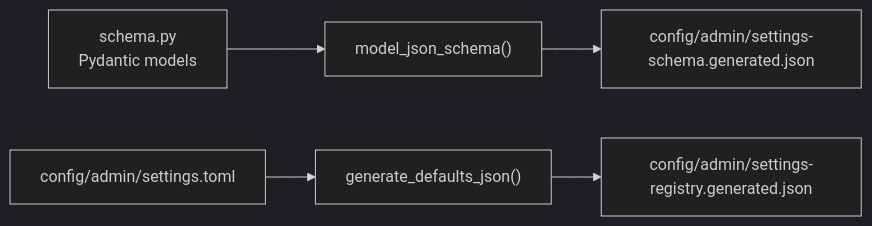
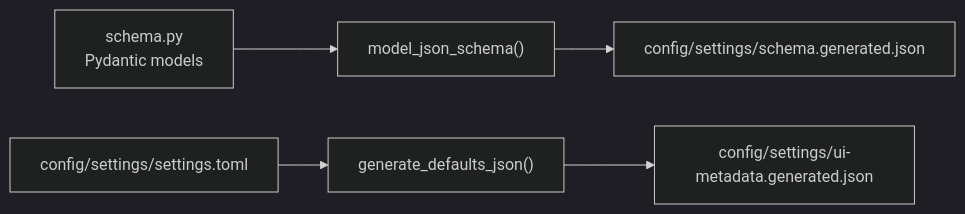
One commit to google/capsem changed the second of 4 diagrams in docs/src/content/docs/architecture/settings-schema.md. Above: the diagram before and after it, drawn with Mermaid (dark theme). The commit also changed other lines of this file and 58 other files, not shown here.

````diff
--- a/docs/src/content/docs/architecture/settings-schema.md
+++ b/docs/src/content/docs/architecture/settings-schema.md
@@ -166,7 +161,7 @@
 ```mermaid
 flowchart LR
     PM["schema.py\nPydantic models"] --> MSJ["model_json_schema()"]
-    MSJ --> SCH["config/admin/settings-schema.generated.json"]
-    GC["config/admin/settings.toml"] --> GD["generate_defaults_json()"]
-    GD --> DEF["config/admin/settings-registry.generated.json"]
+    MSJ --> SCH["config/settings/schema.generated.json"]
+    GC["config/settings/settings.toml"] --> GD["generate_defaults_json()"]
+    GD --> DEF["config/settings/ui-metadata.generated.json"]
 ```
````
